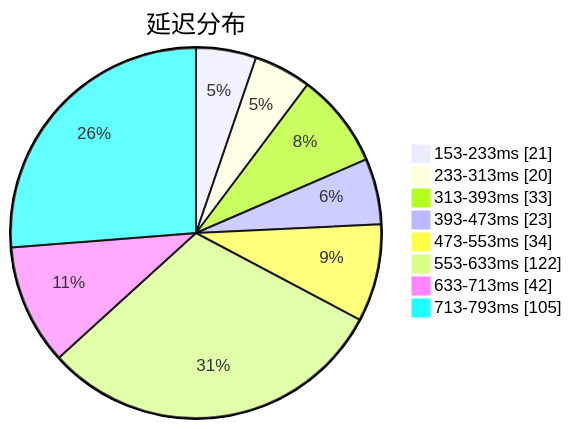
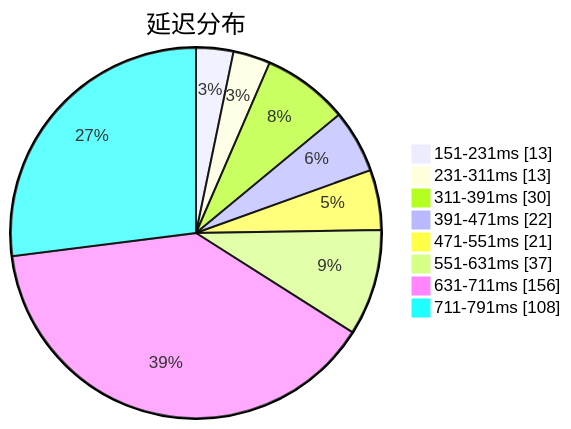
One commit to qjlxg/airport changed the first of 3 diagrams in subs/statistics/tested_within.md. Above: the diagram before and after it, drawn with Mermaid. The commit also changed other lines of this file and 2 other files, not shown here.

Commit message:
Tested by metaST

````diff
--- a/subs/statistics/tested_within.md
+++ b/subs/statistics/tested_within.md
@@ -2,12 +2,12 @@
 ```mermaid
 pie showData
 title 延迟分布
-"153-233ms" : 21
-"233-313ms" : 20
-"313-393ms" : 33
-"393-473ms" : 23
-"473-553ms" : 34
-"553-633ms" : 122
-"633-713ms" : 42
-"713-793ms" : 105
+"151-231ms" : 13
+"231-311ms" : 13
+"311-391ms" : 30
+"391-471ms" : 22
+"471-551ms" : 21
+"551-631ms" : 37
+"631-711ms" : 156
+"711-791ms" : 108
 ```
````
